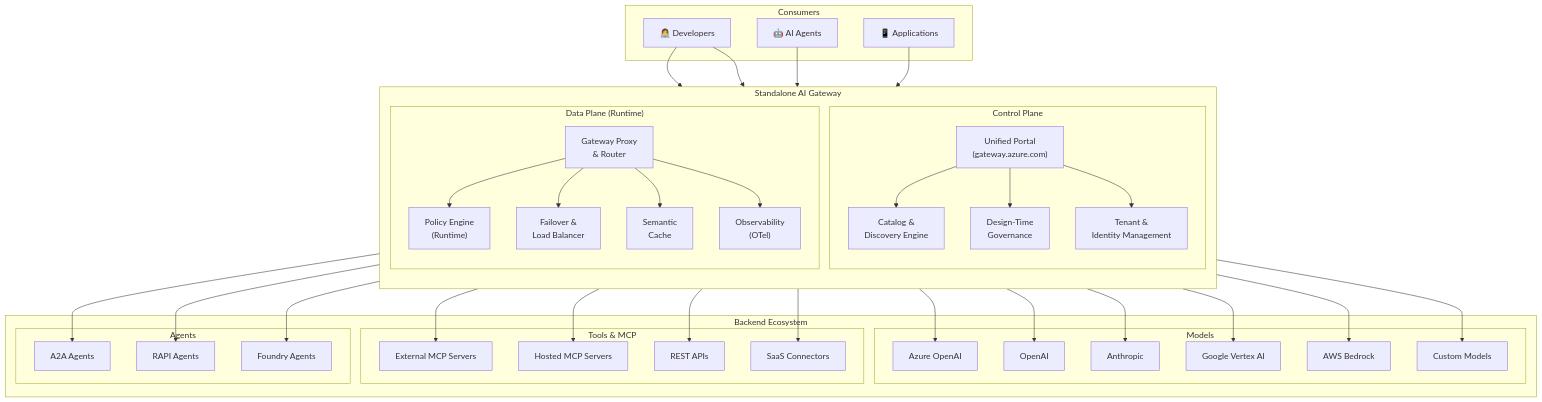
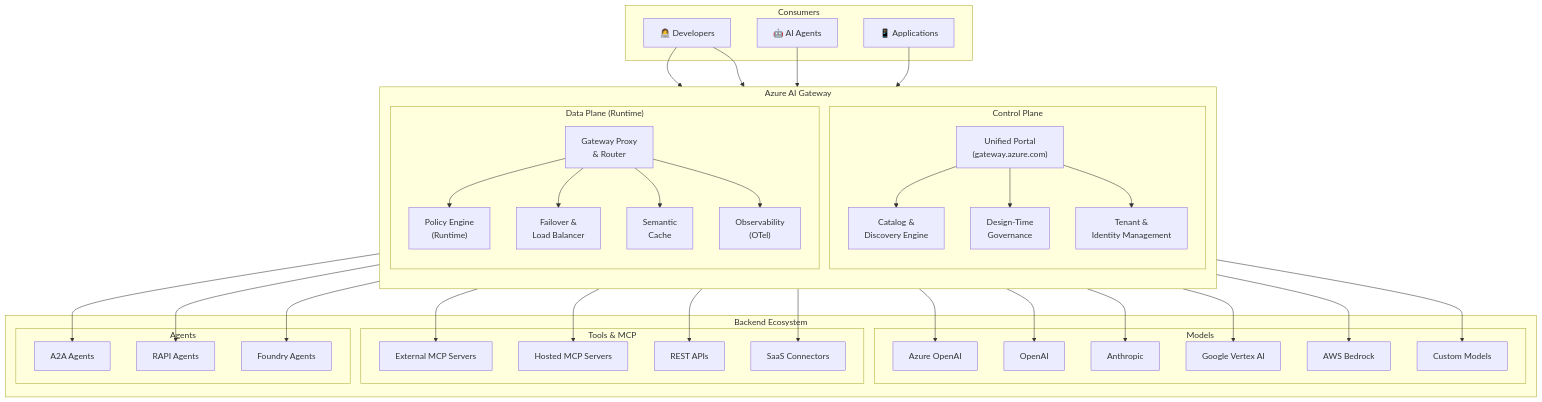
One commit to anishtallapureddy/standalone-ai-gateway changed the first of 3 diagrams in docs/architecture.md. Above: the diagram before and after it, drawn with Mermaid. The commit also changed other lines of this file and 8 other files, not shown here.

````diff
--- a/docs/architecture.md
+++ b/docs/architecture.md
@@ -5,81 +5,81 @@
 ```mermaid
 graph TB
     subgraph "Consumers"
         DEV["👩‍💻 Developers"]
         AGENT["🤖 AI Agents"]
         APP["📱 Applications"]
     end
 
-    subgraph "Standalone AI Gateway"
+    subgraph "Azure AI Gateway"
         direction TB
 
         subgraph "Control Plane"
             PORTAL["Unified Portal<br/>(gateway.azure.com)"]
             CAT["Catalog &<br/>Discovery Engine"]
             GOV_DT["Design-Time<br/>Governance"]
             TENANT["Tenant &<br/>Identity Management"]
         end
 
         subgraph "Data Plane (Runtime)"
             PROXY["Gateway Proxy<br/>& Router"]
             POLICY["Policy Engine<br/>(Runtime)"]
             FAILOVER["Failover &<br/>Load Balancer"]
             CACHE["Semantic<br/>Cache"]
             OBS["Observability<br/>(OTel)"]
         end
     end
 
     subgraph "Backend Ecosystem"
         subgraph "Models"
             AOAI["Azure OpenAI"]
             OAI["OpenAI"]
             ANT["Anthropic"]
             GEM["Google Vertex AI"]
             BED["AWS Bedrock"]
             CUSTOM_M["Custom Models"]
         end
 
         subgraph "Tools & MCP"
             MCP_EXT["External MCP Servers"]
             MCP_HOSTED["Hosted MCP Servers"]
             REST["REST APIs"]
             SAAS["SaaS Connectors"]
         end
 
         subgraph "Agents"
             A2A_AGENTS["A2A Agents"]
             RAPI_AGENTS["RAPI Agents"]
             FOUNDRY["Foundry Agents"]
         end
     end
 
     DEV --> PORTAL
     DEV --> PROXY
     AGENT --> PROXY
     APP --> PROXY
 
     PORTAL --> CAT
     PORTAL --> GOV_DT
     PORTAL --> TENANT
 
     PROXY --> POLICY
     PROXY --> FAILOVER
     PROXY --> CACHE
     PROXY --> OBS
 
     FAILOVER --> AOAI
     FAILOVER --> OAI
     FAILOVER --> ANT
     FAILOVER --> GEM
     FAILOVER --> BED
     FAILOVER --> CUSTOM_M
 
     PROXY --> MCP_EXT
     PROXY --> MCP_HOSTED
     PROXY --> REST
     PROXY --> SAAS
 
     PROXY --> A2A_AGENTS
     PROXY --> RAPI_AGENTS
     PROXY --> FOUNDRY
 ```
````
